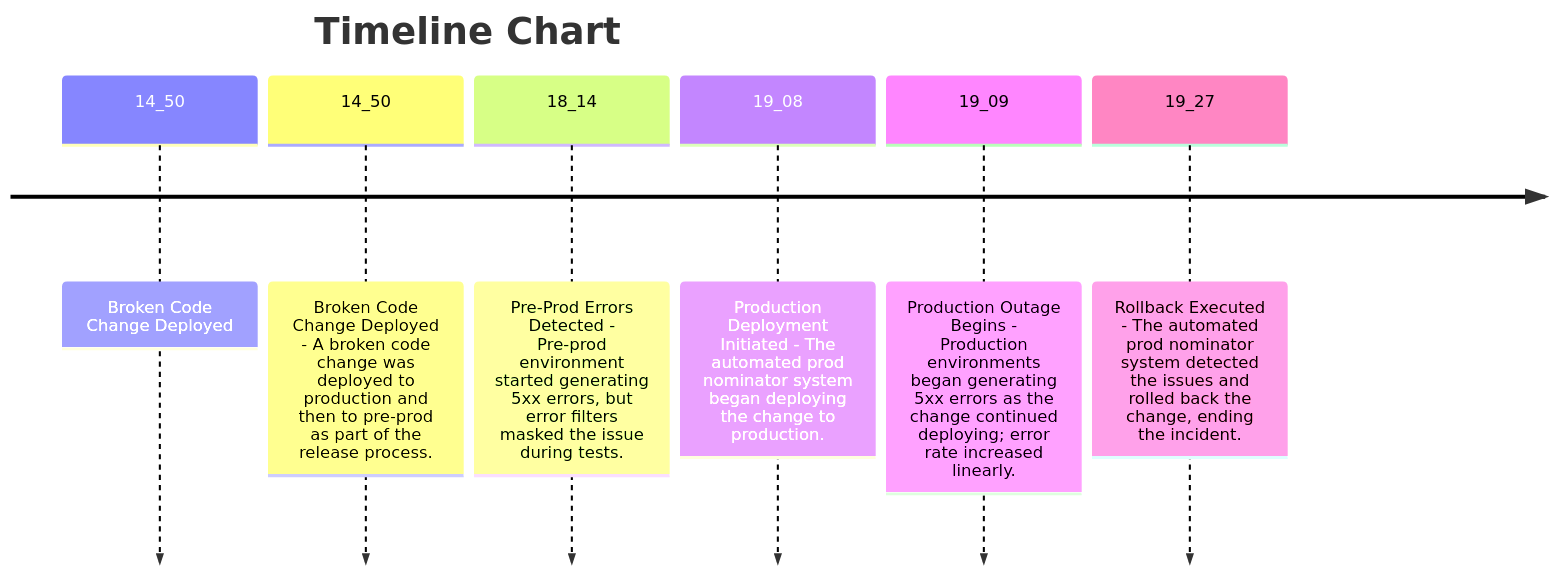
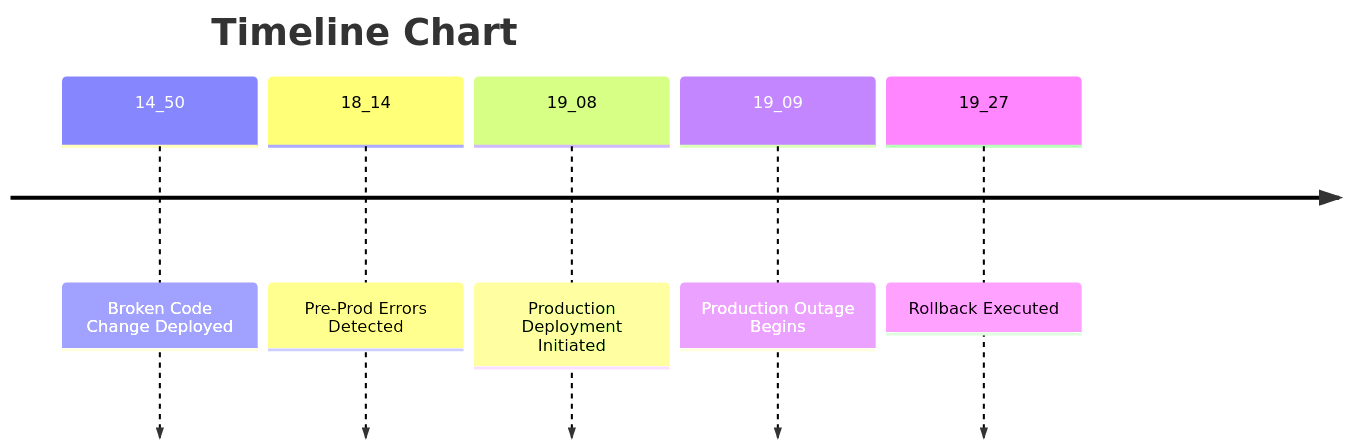
One commit to Rootly-AI-Labs/IncidentDiagram changed the first of 2 diagrams in example_output.md. Above: the diagram before and after it, drawn with Mermaid.

Commit message:
Cleanup example to match current code

````diff
--- a/example_output.md
+++ b/example_output.md
@@ -1,10 +1,9 @@
 ```mermaid
 timeline
     title Timeline Chart
     14_50 : Broken Code Change Deployed
-    14_50 : Broken Code Change Deployed - A broken code change was deployed to production and then to pre-prod as part of the release process.
-    18_14 : Pre-Prod Errors Detected - Pre-prod environment started generating 5xx errors, but error filters masked the issue during tests.
-    19_08 : Production Deployment Initiated - The automated prod nominator system began deploying the change to production.
-    19_09 : Production Outage Begins - Production environments began generating 5xx errors as the change continued deploying; error rate increased linearly.
-    19_27 : Rollback Executed - The automated prod nominator system detected the issues and rolled back the change, ending the incident.
+    18_14 : Pre-Prod Errors Detected
+    19_08 : Production Deployment Initiated
+    19_09 : Production Outage Begins
+    19_27 : Rollback Executed
 ```
````
